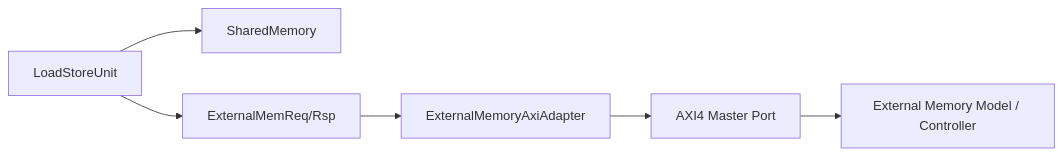
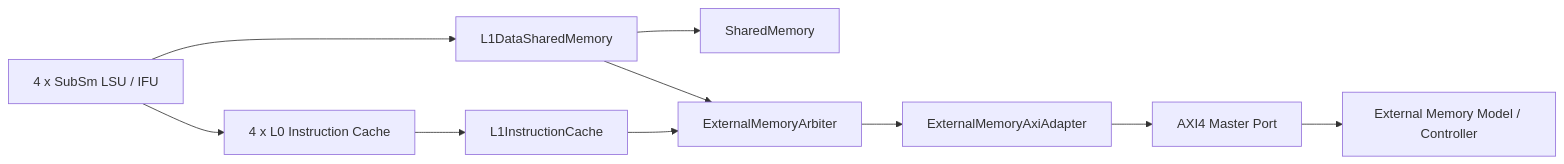
One commit to lastweek/SpinalGPU changed the third of 4 diagrams in docs/architecture.md. Above: the diagram before and after it, drawn with Mermaid. The commit also changed other lines of this file and 32 other files, not shown here.

````diff
--- a/docs/architecture.md
+++ b/docs/architecture.md
@@ -185,15 +200,17 @@
 ```mermaid
 flowchart LR
-  LSU[LoadStoreUnit]
+  SUBS[4 x SubSm LSU / IFU]
+  L0I[4 x L0 Instruction Cache]
+  L1I[L1InstructionCache]
+  L1D[L1DataSharedMemory]
   SHMEM[SharedMemory]
-  EXREQ[ExternalMemReq/Rsp]
+  ARB[ExternalMemoryArbiter]
   AXIADAPT[ExternalMemoryAxiAdapter]
   AXI[AXI4 Master Port]
   MEM[External Memory Model / Controller]
 
-  LSU --> SHMEM
-  LSU --> EXREQ
-  EXREQ --> AXIADAPT
-  AXIADAPT --> AXI
-  AXI --> MEM
+  SUBS --> L0I --> L1I --> ARB
+  SUBS --> L1D --> SHMEM
+  L1D --> ARB
+  ARB --> AXIADAPT --> AXI --> MEM
 ```
````
